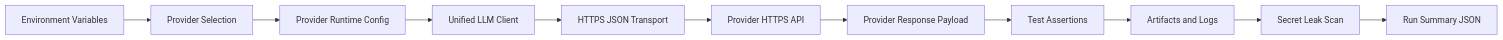
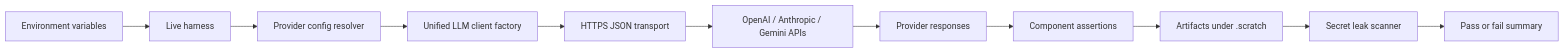
Before and after one commit to jaytaylor/attractor-tcl: the fourth of 5 diagrams in docs/sprints/SPRINT-004-comprehensive-implementation-plan.md, drawn with Mermaid. The commit also changed other lines of this file, not shown here.

````diff
--- a/docs/sprints/SPRINT-004-comprehensive-implementation-plan.md
+++ b/docs/sprints/SPRINT-004-comprehensive-implementation-plan.md
@@ -1187,13 +523,13 @@
 ```mermaid
 flowchart LR
-  ENV[Environment Variables] --> SEL[Provider Selection]
-  SEL --> CFG[Provider Runtime Config]
-  CFG --> ULLM[Unified LLM Client]
-  ULLM --> TX[HTTPS JSON Transport]
-  TX --> API[Provider HTTPS API]
-  API --> RESP[Provider Response Payload]
-  RESP --> ASSERT[Test Assertions]
-  ASSERT --> ART[Artifacts and Logs]
-  ART --> SCAN[Secret Leak Scan]
-  SCAN --> SUMMARY[Run Summary JSON]
+  ENV[Environment variables] --> HARNESS[Live harness]
+  HARNESS --> CFG[Provider config resolver]
+  CFG --> CLIENT[Unified LLM client factory]
+  CLIENT --> TRANSPORT[HTTPS JSON transport]
+  TRANSPORT --> PROVIDERS[OpenAI / Anthropic / Gemini APIs]
+  PROVIDERS --> RESP[Provider responses]
+  RESP --> TESTS[Component assertions]
+  TESTS --> ART[Artifacts under .scratch]
+  ART --> SCAN[Secret leak scanner]
+  SCAN --> RESULT[Pass or fail summary]
 ```
````
